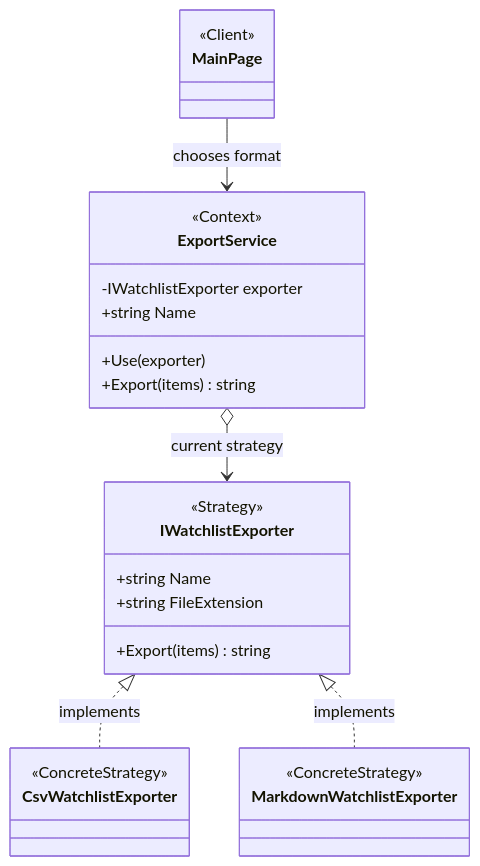
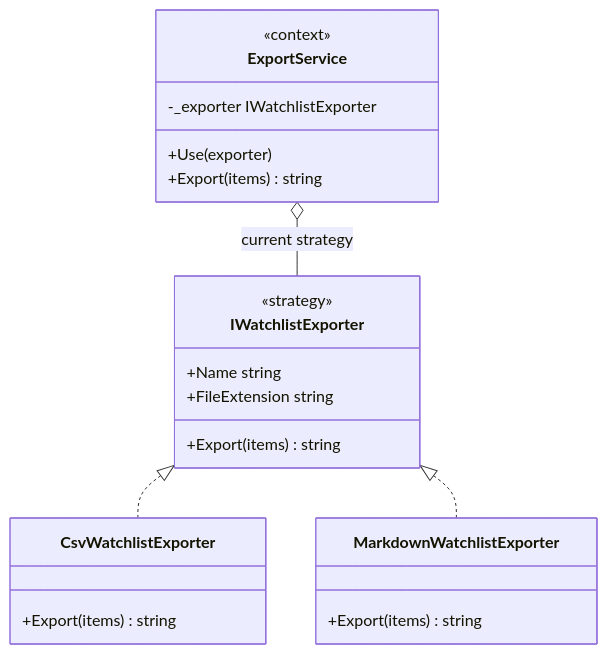
The fourth of 4 diagrams in Reports/Lab3.md (Prince-of-Nothing/TMPS-Labs), drawn with Mermaid before and after one commit. The commit also changed other lines of this file and 4 other files, not shown here.

````diff
--- a/Reports/Lab3.md
+++ b/Reports/Lab3.md
@@ -566,30 +361,25 @@
 ```mermaid
 classDiagram
-direction TB
-class MainPage {
-  <<Client>>
-}
-class ExportService {
-  <<Context>>
-  -IWatchlistExporter exporter
-  +string Name
-  +Use(exporter)
-  +Export(items) string
-}
-class IWatchlistExporter {
-  <<Strategy>>
-  +string Name
-  +string FileExtension
-  +Export(items) string
-}
-class CsvWatchlistExporter {
-  <<ConcreteStrategy>>
-}
-class MarkdownWatchlistExporter {
-  <<ConcreteStrategy>>
-}
-MainPage --> ExportService : chooses format
-ExportService o--> IWatchlistExporter : current strategy
-IWatchlistExporter <|.. CsvWatchlistExporter : implements
-IWatchlistExporter <|.. MarkdownWatchlistExporter : implements
+    direction TB
+    class ExportService {
+        <<context>>
+        -_exporter IWatchlistExporter
+        +Use(exporter)
+        +Export(items) string
+    }
+    class IWatchlistExporter {
+        <<strategy>>
+        +Name string
+        +FileExtension string
+        +Export(items) string
+    }
+    class CsvWatchlistExporter {
+        +Export(items) string
+    }
+    class MarkdownWatchlistExporter {
+        +Export(items) string
+    }
+    ExportService o-- IWatchlistExporter : current strategy
+    IWatchlistExporter <|.. CsvWatchlistExporter
+    IWatchlistExporter <|.. MarkdownWatchlistExporter
 ```
````
